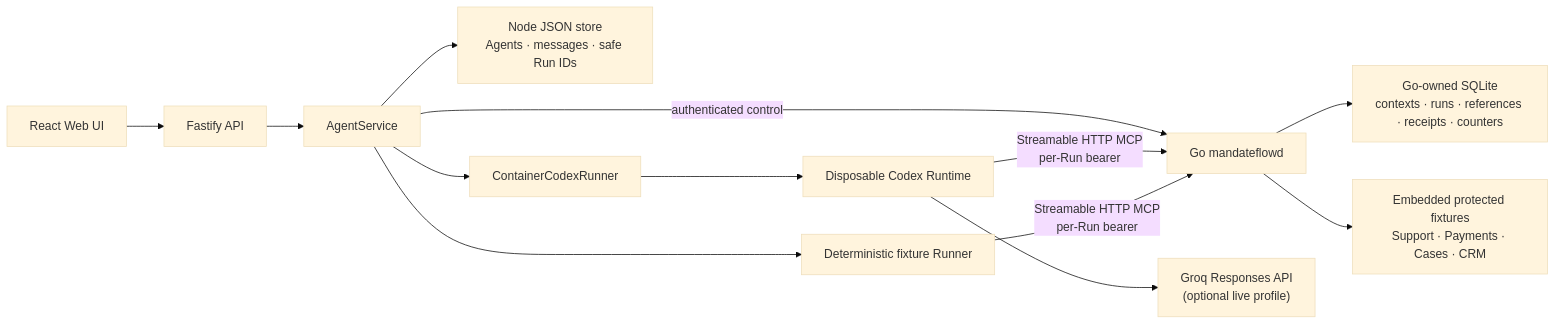
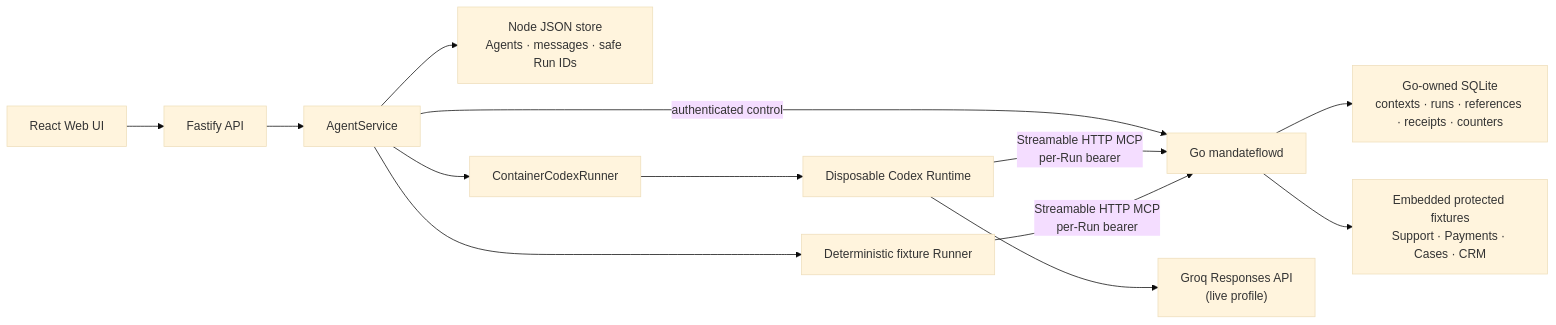
Before and after one commit to tradaokamsa/MandateFlow: the diagram in CodeJam/docs/ARCHITECTURE.md, drawn with Mermaid (base theme). The commit also changed other lines of this file and 19 other files, not shown here.

````diff
--- a/CodeJam/docs/ARCHITECTURE.md
+++ b/CodeJam/docs/ARCHITECTURE.md
@@ -9,15 +10,15 @@
 ```mermaid
 flowchart LR
     UI["React Web UI"] --> API["Fastify API"]
     API --> Service["AgentService"]
     Service --> NodeStore["Node JSON store<br/>Agents · messages · safe Run IDs"]
     Service -->|authenticated control| Gateway["Go mandateflowd"]
     Gateway --> GoStore["Go-owned SQLite<br/>contexts · runs · references · receipts · counters"]
     Service --> Runner["ContainerCodexRunner"]
     Runner --> Runtime["Disposable Codex Runtime"]
-    Runtime --> Groq["Groq Responses API<br/>(optional live profile)"]
+    Runtime --> Groq["Groq Responses API<br/>(live profile)"]
     Runtime -->|Streamable HTTP MCP<br/>per-Run bearer| Gateway
     Service --> Fixture["Deterministic fixture Runner"]
     Fixture -->|Streamable HTTP MCP<br/>per-Run bearer| Gateway
     Gateway --> Fixtures["Embedded protected fixtures<br/>Support · Payments · Cases · CRM"]
 ```
````
